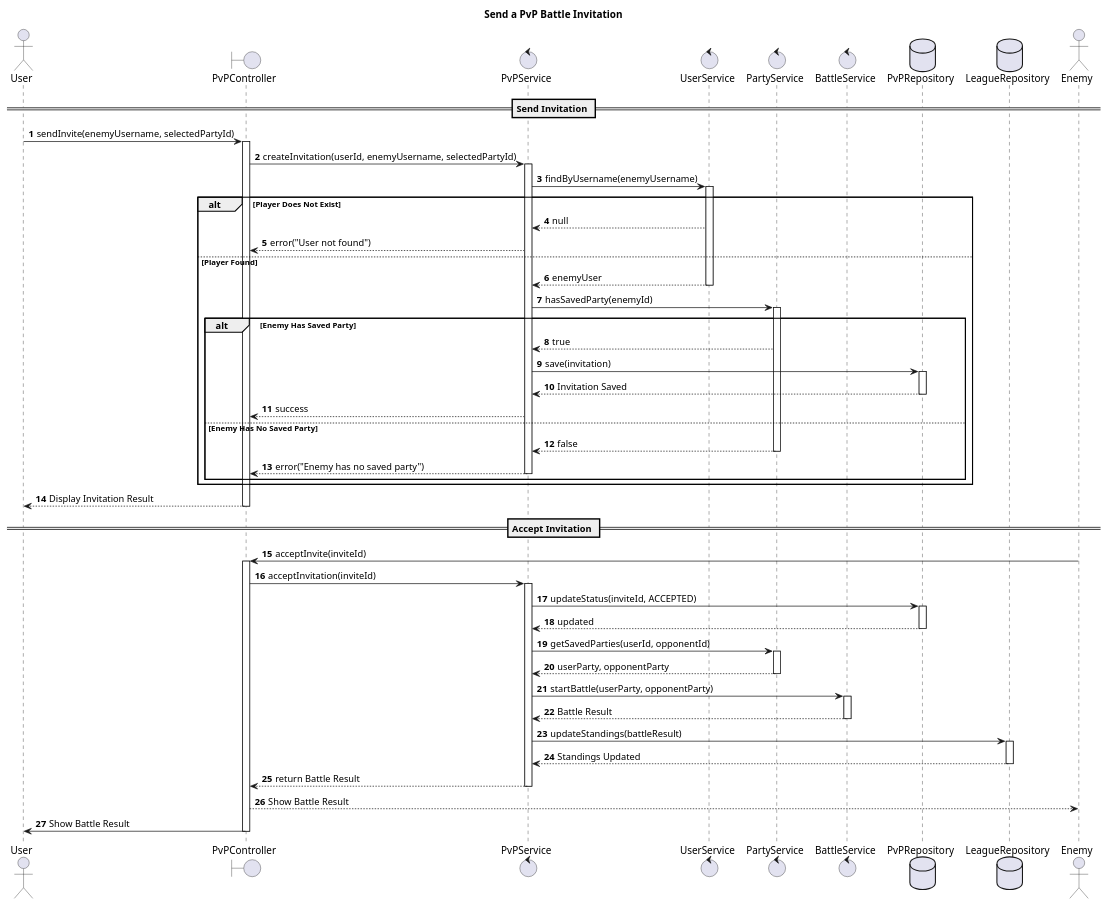
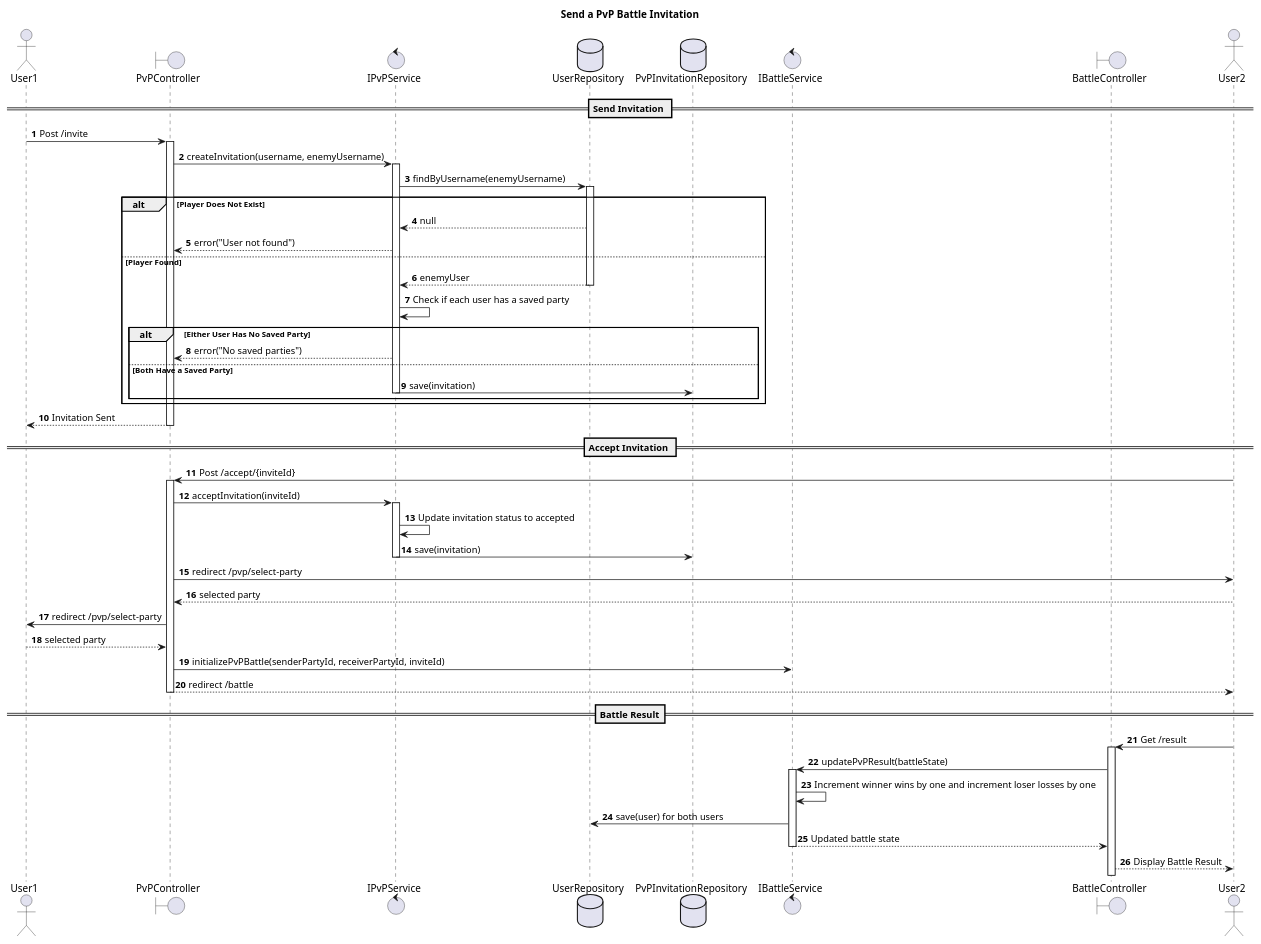
The diagram in Sequence Diagrams/Use Case 7_Invite PvP Battle.puml (MohammedPatel-yorku/LegendsOfSwordAndWand), drawn with PlantUML before and after one commit. The commit also changed 15 other files, not shown here.

Commit message:
Documentation & Diagrams Updated

```diff
--- a/Sequence Diagrams/Use Case 7_Invite PvP Battle.puml
+++ b/Sequence Diagrams/Use Case 7_Invite PvP Battle.puml
@@ -1,98 +1,84 @@
 @startuml
-'https://plantuml.com/sequence-diagram
 
 autonumber
 
+skinparam responseMessageBelowArrow true
+
 title Send a PvP Battle Invitation
 
-actor User
+actor User1
 
 boundary PvPController
-control PvPService
-control UserService
-control PartyService
-control BattleService
-database PvPRepository
-database LeagueRepository
-
-actor Enemy
+control IPvPService
+database UserRepository
+database PvPInvitationRepository
+control IBattleService
+boundary BattleController
+actor User2
 
 == Send Invitation ==
-User -> PvPController: sendInvite(enemyUsername, selectedPartyId)
+User1 -> PvPController: Post /invite
 activate PvPController
-PvPController -> PvPService: createInvitation(userId, enemyUsername, selectedPartyId)
-activate PvPService
-
-
-PvPService -> UserService: findByUsername(enemyUsername)
-activate UserService
+PvPController -> IPvPService: createInvitation(username, enemyUsername)
+activate IPvPService
+IPvPService -> UserRepository: findByUsername(enemyUsername)
+activate UserRepository
 
 alt Player Does Not Exist
-    UserService --> PvPService: null
-    PvPService --> PvPController: error("User not found")
+    UserRepository --> IPvPService: null
+    IPvPService --> PvPController: error("User not found")
 
 else Player Found
-    UserService --> PvPService: enemyUser
-    deactivate UserService
+    UserRepository --> IPvPService: enemyUser
+    deactivate UserRepository
 
-    PvPService -> PartyService: hasSavedParty(enemyId)
-    activate PartyService
+    IPvPService -> IPvPService: Check if each user has a saved party
 
-    alt Enemy Has Saved Party
-        PartyService --> PvPService: true
+    alt Either User Has No Saved Party
+        IPvPService --> PvPController: error("No saved parties")
 
-        PvPService -> PvPRepository: save(invitation)
-        activate PvPRepository
-        PvPRepository --> PvPService: Invitation Saved
-        deactivate PvPRepository
-        PvPService --> PvPController: success
-
-    else Enemy Has No Saved Party
-        PartyService --> PvPService: false
-        deactivate PartyService
-
-        PvPService --> PvPController: error("Enemy has no saved party")
-        deactivate PvPService
+    else Both Have a Saved Party
+        IPvPService -> PvPInvitationRepository: save(invitation)
+        deactivate IPvPService
 
     end
 
 end
 
-PvPController --> User: Display Invitation Result
+PvPController --> User1: Invitation Sent
 deactivate PvPController
 
 == Accept Invitation ==
-Enemy -> PvPController: acceptInvite(inviteId)
+User2 -> PvPController: Post /accept/{inviteId}
 activate PvPController
 
-PvPController -> PvPService: acceptInvitation(inviteId)
-activate PvPService
+PvPController -> IPvPService: acceptInvitation(inviteId)
+activate IPvPService
 
-PvPService -> PvPRepository: updateStatus(inviteId, ACCEPTED)
-activate PvPRepository
-PvPRepository --> PvPService: updated
-deactivate PvPRepository
+IPvPService -> IPvPService: Update invitation status to accepted
+IPvPService -> PvPInvitationRepository: save(invitation)
+deactivate IPvPService
 
-PvPService -> PartyService: getSavedParties(userId, opponentId)
-activate PartyService
-PartyService --> PvPService: userParty, opponentParty
-deactivate PartyService
+PvPController -> User2: redirect /pvp/select-party
+User2 --> PvPController: selected party
+PvPController -> User1: redirect /pvp/select-party
+User1 --> PvPController: selected party
 
-PvPService -> BattleService: startBattle(userParty, opponentParty)
-activate BattleService
-BattleService --> PvPService: Battle Result
-deactivate BattleService
-
-PvPService -> LeagueRepository: updateStandings(battleResult)
-activate LeagueRepository
-LeagueRepository --> PvPService: Standings Updated
-deactivate LeagueRepository
-
-PvPService --> PvPController: return Battle Result
-deactivate PvPService
-
-PvPController --> Enemy: Show Battle Result
-PvPController -> User: Show Battle Result
+PvPController -> IBattleService: initializePvPBattle(senderPartyId, receiverPartyId, inviteId)
+deactivate IBattleService
+PvPController --> User2: redirect /battle
 deactivate PvPController
 
+==Battle Result==
+User2 -> BattleController: Get /result
+activate BattleController
+BattleController -> IBattleService: updatePvPResult(battleState)
+activate IBattleService
+IBattleService -> IBattleService: Increment winner wins by one and increment loser losses by one
+IBattleService -> UserRepository: save(user) for both users
+
+IBattleService --> BattleController: Updated battle state
+deactivate IBattleService
+BattleController --> User2: Display Battle Result
+
 @enduml
```
